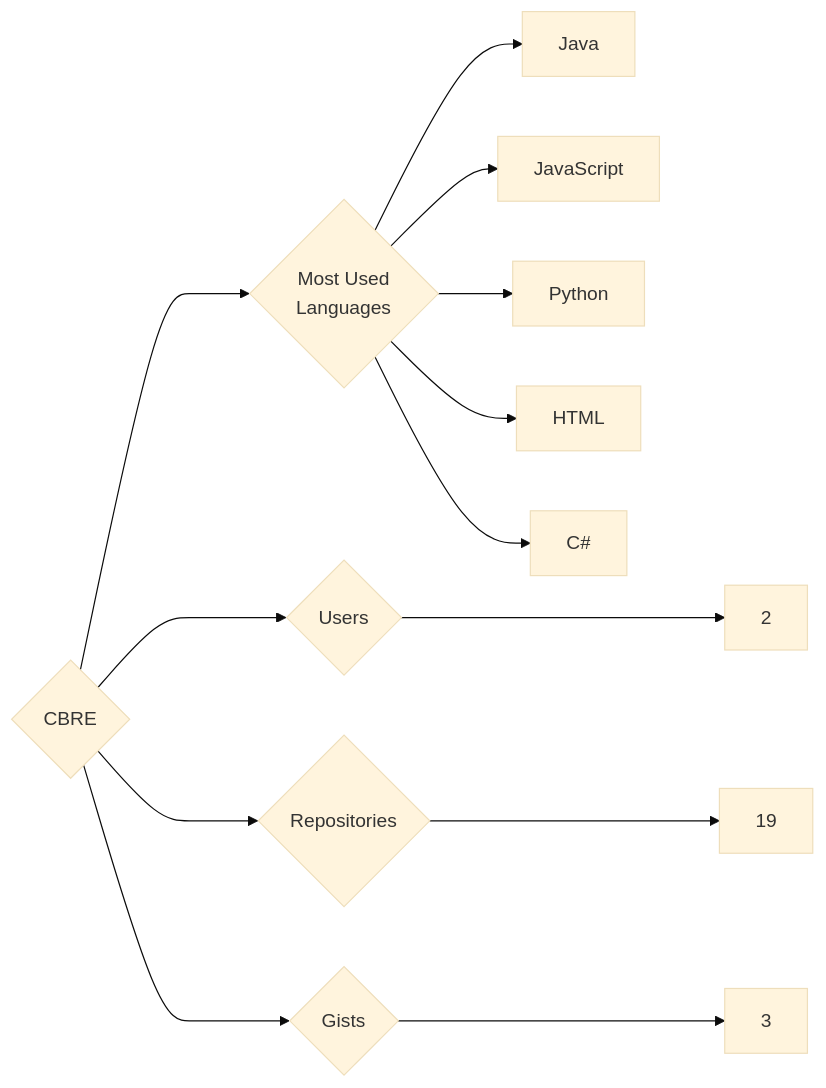
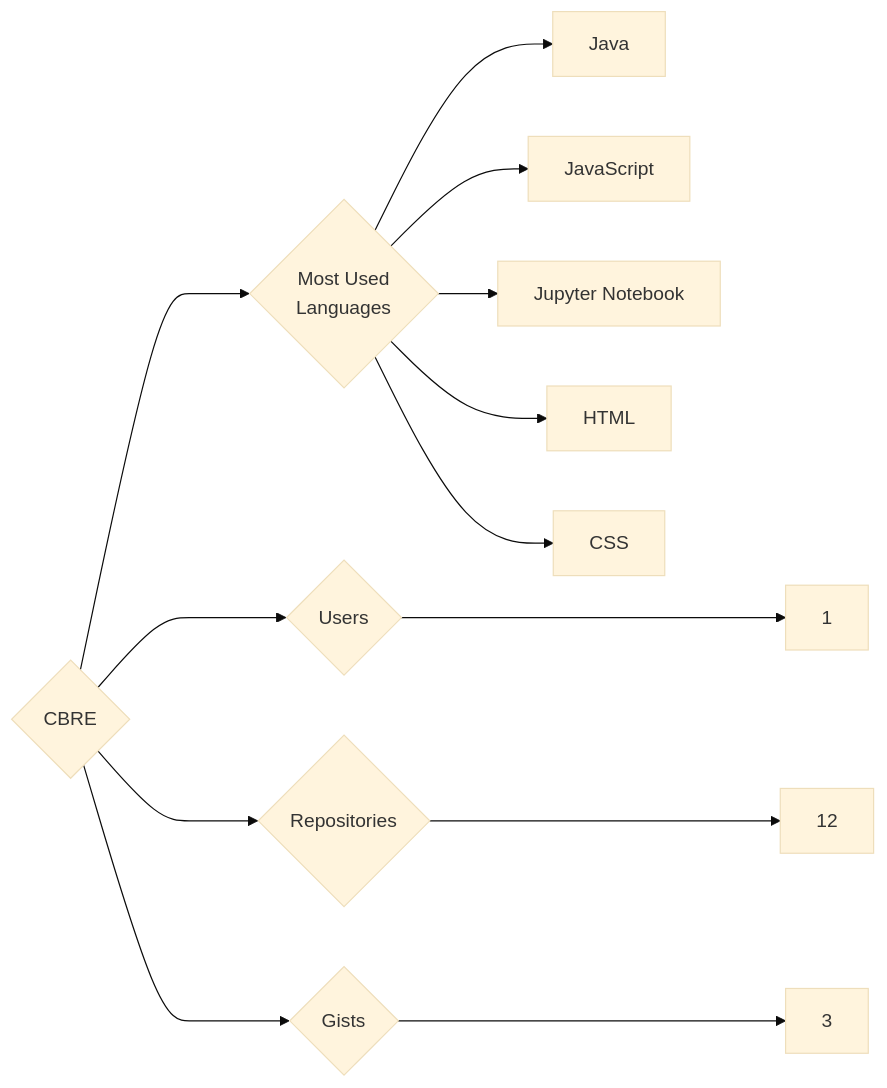
One commit to trickest/insiders changed the diagram in targets/CBRE/README.md. Above: the diagram before and after it, drawn with Mermaid (base theme). The commit also changed 932 other files, not shown here.

````diff
--- a/targets/CBRE/README.md
+++ b/targets/CBRE/README.md
@@ -3,13 +3,13 @@
 ```mermaid
 graph LR
 COMPANY_NAME{CBRE}
-COMPANY_NAME ---> U{Users} ---> UN[2]
-COMPANY_NAME ---> R{Repositories} ---> RN[19]
+COMPANY_NAME ---> U{Users} ---> UN[1]
+COMPANY_NAME ---> R{Repositories} ---> RN[12]
 COMPANY_NAME ---> G{Gists} ---> GN[3]
 COMPANY_NAME ---> ML{Most Used<br>Languages}
 ML --> Java[Java]
 ML --> JavaScript[JavaScript]
-ML --> Python[Python]
+ML --> Jupyter_Notebook[Jupyter Notebook]
 ML --> HTML[HTML]
-ML --> C#[C#]
+ML --> CSS[CSS]
 ```
````
